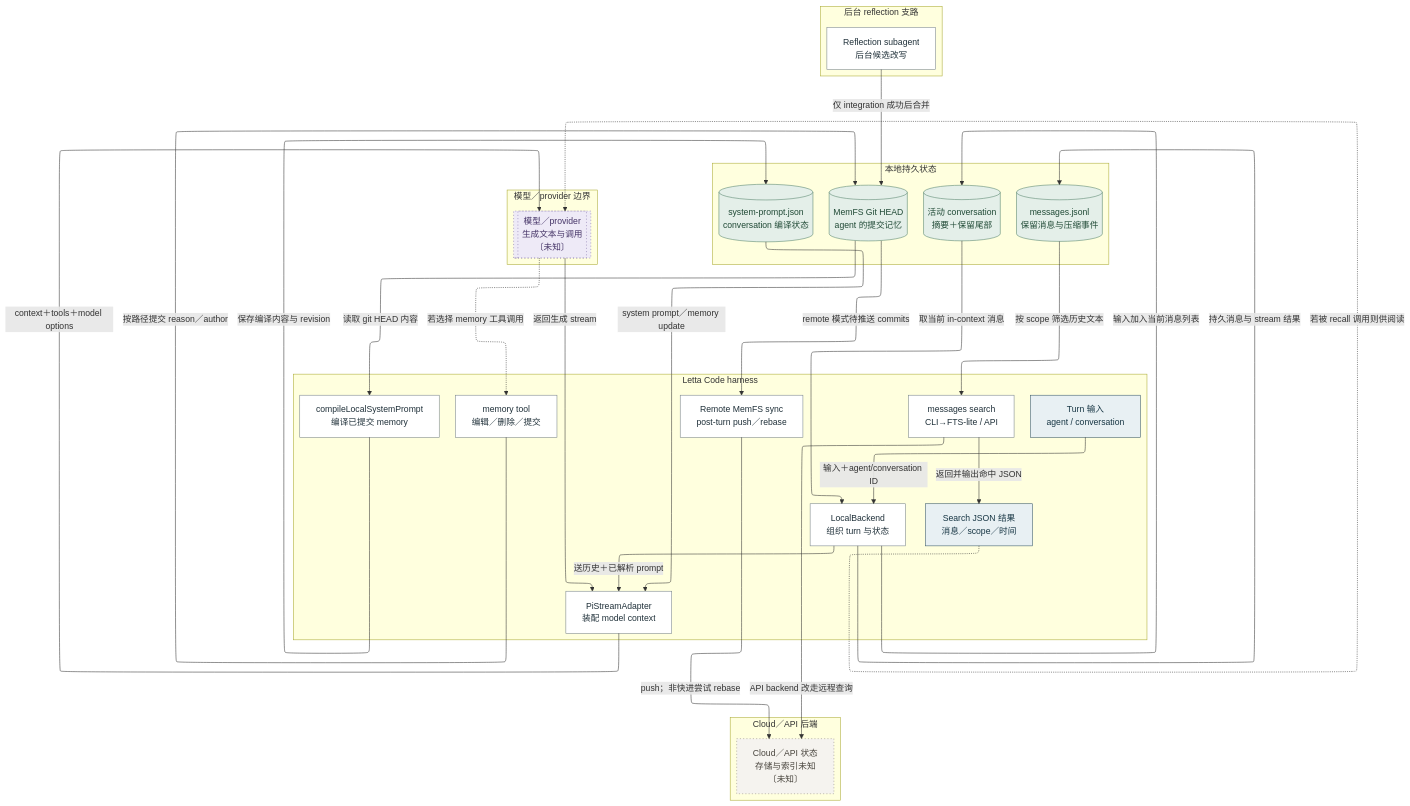
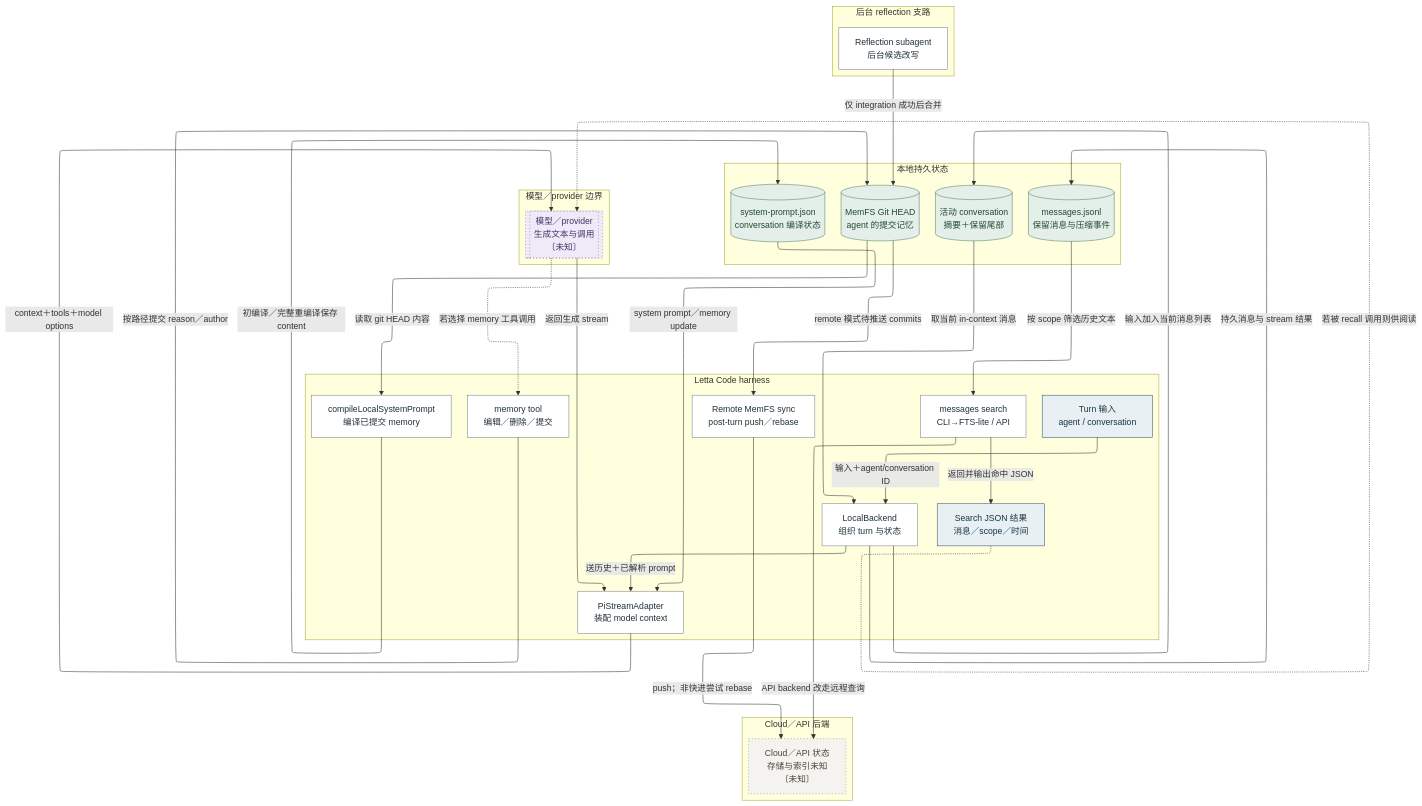
The diagram in systems/architecture-atlas/diagrams/letta/overview.mmd (IndelibleVivi/Relata), drawn with Mermaid before and after one commit. The commit also changed 13 other files, not shown here.

```diff
--- a/systems/architecture-atlas/diagrams/letta/overview.mmd
+++ b/systems/architecture-atlas/diagrams/letta/overview.mmd
@@ -1,60 +1,60 @@
 ---
 config:
   layout: elk
 ---
 flowchart TB
   subgraph region_harness["Letta Code harness"]
     entry["Turn 输入<br/>agent / conversation"]:::entry
     backend["LocalBackend<br/>组织 turn 与状态"]:::process
     compiler["compileLocalSystemPrompt<br/>编译已提交 memory"]:::process
     bridge["PiStreamAdapter<br/>装配 model context"]:::process
     edit["memory tool<br/>编辑／删除／提交"]:::process
     recall["messages search<br/>CLI→FTS-lite / API"]:::process
     sync["Remote MemFS sync<br/>post-turn push／rebase"]:::process
     search_result["Search JSON 结果<br/>消息／scope／时间"]:::output
   end
   subgraph region_storage["本地持久状态"]
     messages[("messages.jsonl<br/>保留消息与压缩事件")]:::store
     active[("活动 conversation<br/>摘要＋保留尾部")]:::store
     memfs[("MemFS Git HEAD<br/>agent 的提交记忆")]:::store
     compiled[("system-prompt.json<br/>conversation 编译状态")]:::store
   end
   subgraph region_provider["模型／provider 边界"]
     model[["模型／provider<br/>生成文本与调用<br/>〔未知〕"]]:::model
     class model unknown
   end
   subgraph region_background["后台 reflection 支路"]
     reflection["Reflection subagent<br/>后台候选改写"]:::process
   end
   subgraph region_remote["Cloud／API 后端"]
     cloud["Cloud／API 状态<br/>存储与索引未知<br/>〔未知〕"]:::external
     class cloud unknown
   end
   entry -->|"输入＋agent/conversation ID"| backend
   backend -->|"持久消息与 stream 结果"| messages
   backend -->|"输入加入当前消息列表"| active
   active -->|"取当前 in-context 消息"| backend
   backend -->|"送历史＋已解析 prompt"| bridge
   memfs -->|"读取 git HEAD 内容"| compiler
-  compiler -->|"保存编译内容与 revision"| compiled
+  compiler -->|"初编译／完整重编译保存 content"| compiled
   compiled -->|"system prompt／memory update"| bridge
   bridge -->|"context＋tools＋model options"| model
   model -->|"返回生成 stream"| bridge
   edit -->|"按路径提交 reason／author"| memfs
   messages -->|"按 scope 筛选历史文本"| recall
   reflection -->|"仅 integration 成功后合并"| memfs
   memfs -->|"remote 模式待推送 commits"| sync
   sync -->|"push；非快进尝试 rebase"| cloud
   recall -->|"API backend 改走远程查询"| cloud
   recall -->|"返回并输出命中 JSON"| search_result
   model -.->|"若选择 memory 工具调用"| edit
   search_result -.->|"若被 recall 调用则供阅读"| model
   classDef entry fill:#e8f0f3,stroke:#365665,color:#173644
   classDef process fill:#ffffff,stroke:#76828a,color:#20313a
   classDef decision fill:#fff1d9,stroke:#b88733,color:#5d441a
   classDef store fill:#e4efe9,stroke:#54836b,color:#204a36
   classDef model fill:#eeeaf7,stroke:#8371aa,color:#453467
   classDef output fill:#e8f0f3,stroke:#365665,color:#173644
   classDef external fill:#f5f3ef,stroke:#8e897f,color:#49453e
   classDef inferred stroke-dasharray:5 4
   classDef unknown stroke-dasharray:2 4
```
